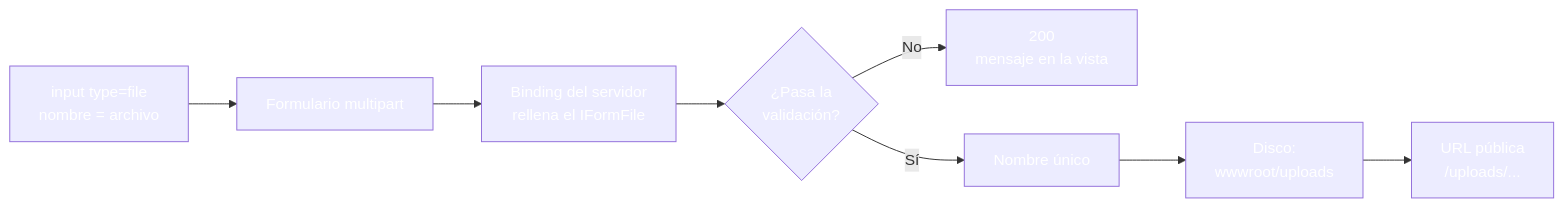
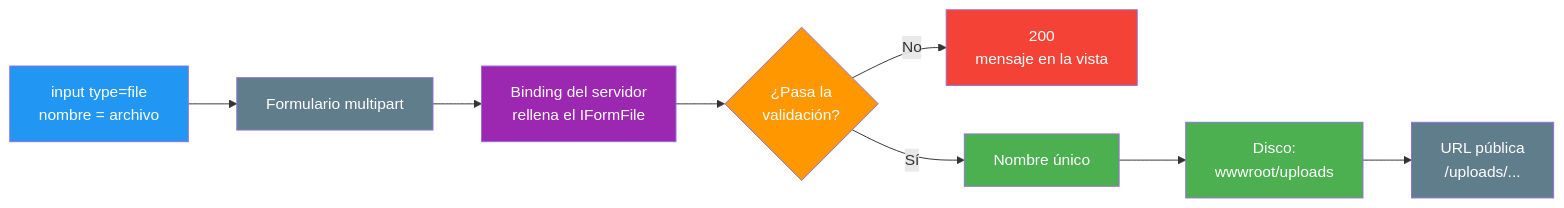
Before and after one commit to joseluisgs/DesarrolloWebEntornosServidor-03-2026-2027: the first of 2 diagrams in 16-ficheros-almacenamiento.md, drawn with Mermaid. The commit also changed other lines of this file and 25 other files, not shown here.

Commit message:
docs: corregir los estilos Mermaid de los temas y alinear el dominio del tema 25 con ProductosApp

````diff
--- a/16-ficheros-almacenamiento.md
+++ b/16-ficheros-almacenamiento.md
@@ -62,18 +62,18 @@
 ```mermaid
 graph LR
     A["input type=file<br/>nombre = archivo"] --> B["Formulario multipart"]
     B --> C["Binding del servidor<br/>rellena el IFormFile"]
     C --> D{"¿Pasa la<br/>validación?"}
     D -->|No| E["200<br/>mensaje en la vista"]
     D -->|Sí| F["Nombre único"]
     F --> G["Disco:<br/>wwwroot/uploads"]
     G --> H["URL pública<br/>/uploads/..."]
-    style A fill:#2196F,color:#fff3,color:#fff
-    style B fill:#607D8,color:#fffB,color:#fff
-    style C fill:#9C27B,color:#fff0,color:#fff
-    style D fill:#FF980,color:#fff0,color:#fff
-    style E fill:#f4433,color:#fff6,color:#fff
-    style F fill:#4CAF5,color:#fff0,color:#fff
-    style G fill:#4CAF5,color:#fff0,color:#fff
-    style H fill:#607D8,color:#fffB,color:#fff
+    style A fill:#2196F3,color:#fff
+    style B fill:#607D8B,color:#fff
+    style C fill:#9C27B0,color:#fff
+    style D fill:#FF9800,color:#fff
+    style E fill:#f44336,color:#fff
+    style F fill:#4CAF50,color:#fff
+    style G fill:#4CAF50,color:#fff
+    style H fill:#607D8B,color:#fff
 ```
````
